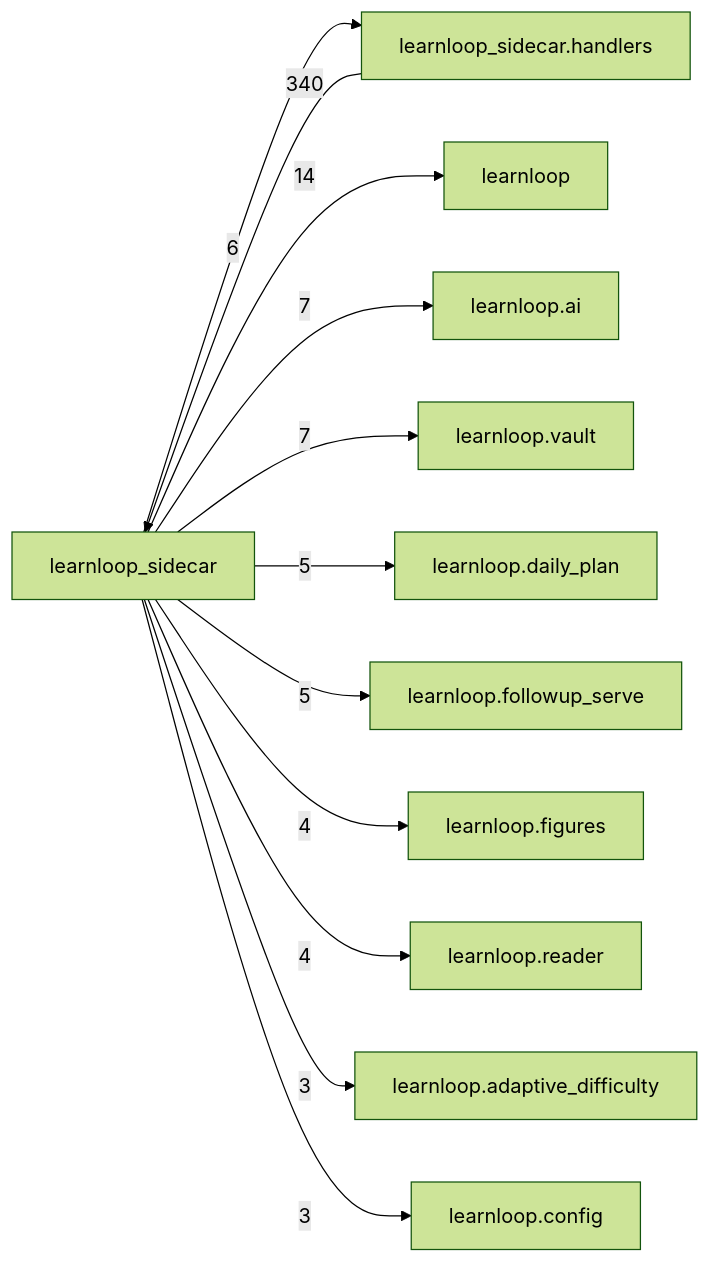
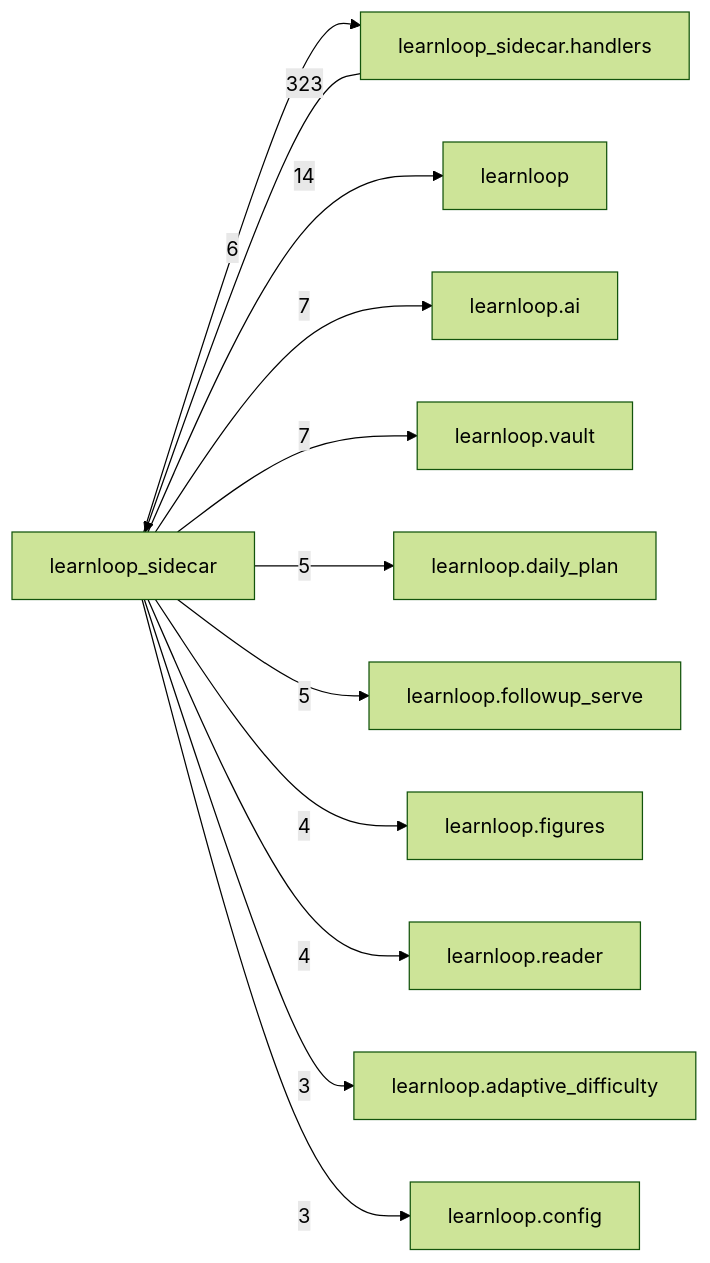
One commit to 6up-b/learnanything changed the diagram in docs/learnloop-architecture-vault/Reference/Modules/learnloop_sidecar/_package.md. Above: the diagram before and after it, drawn with Mermaid (forest theme). The commit also changed other lines of this file and 154 other files, not shown here.

````diff
--- a/docs/learnloop-architecture-vault/Reference/Modules/learnloop_sidecar/_package.md
+++ b/docs/learnloop-architecture-vault/Reference/Modules/learnloop_sidecar/_package.md
@@ -126,25 +126,25 @@
 ```mermaid
 flowchart LR
     center["learnloop_sidecar"]
     n_learnloop_sidecar_handlers["learnloop_sidecar.handlers"]
     n_learnloop["learnloop"]
     n_learnloop_ai["learnloop.ai"]
     n_learnloop_vault["learnloop.vault"]
     n_learnloop_daily_plan["learnloop.daily_plan"]
     n_learnloop_followup_serve["learnloop.followup_serve"]
     n_learnloop_figures["learnloop.figures"]
     n_learnloop_reader["learnloop.reader"]
     n_learnloop_adaptive_difficulty["learnloop.adaptive_difficulty"]
     n_learnloop_config["learnloop.config"]
-    n_learnloop_sidecar_handlers -->|340| center
+    n_learnloop_sidecar_handlers -->|323| center
     center -->|6| n_learnloop_sidecar_handlers
     center -->|14| n_learnloop
     center -->|7| n_learnloop_ai
     center -->|7| n_learnloop_vault
     center -->|5| n_learnloop_daily_plan
     center -->|5| n_learnloop_followup_serve
     center -->|4| n_learnloop_figures
     center -->|4| n_learnloop_reader
     center -->|3| n_learnloop_adaptive_difficulty
     center -->|3| n_learnloop_config
 ```
````
